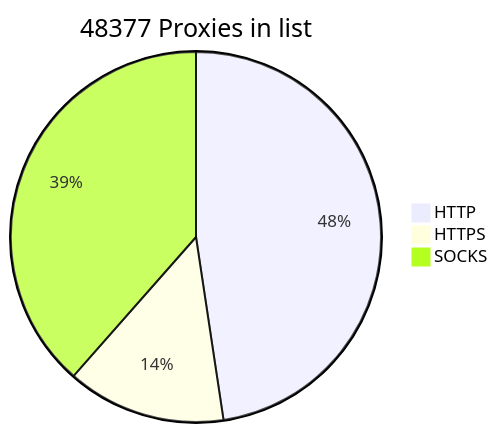
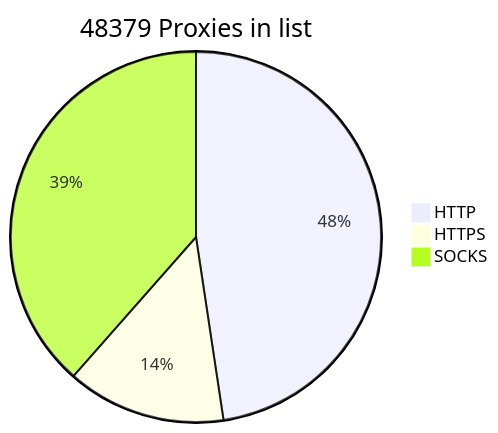
Before and after one commit to BlackSnowDot/proxylist-update-every-minute: the diagram in README.md, drawn with Mermaid.

````diff
--- a/README.md
+++ b/README.md
@@ -2,6 +2,6 @@
 ```mermaid
-pie title 48377 Proxies in list
-    "HTTP" : 25736
-    "HTTPS": 7498
+pie title 48379 Proxies in list
+    "HTTP" : 25738
+    "HTTPS": 7499
     "SOCKS" : 20808
 ```
````
